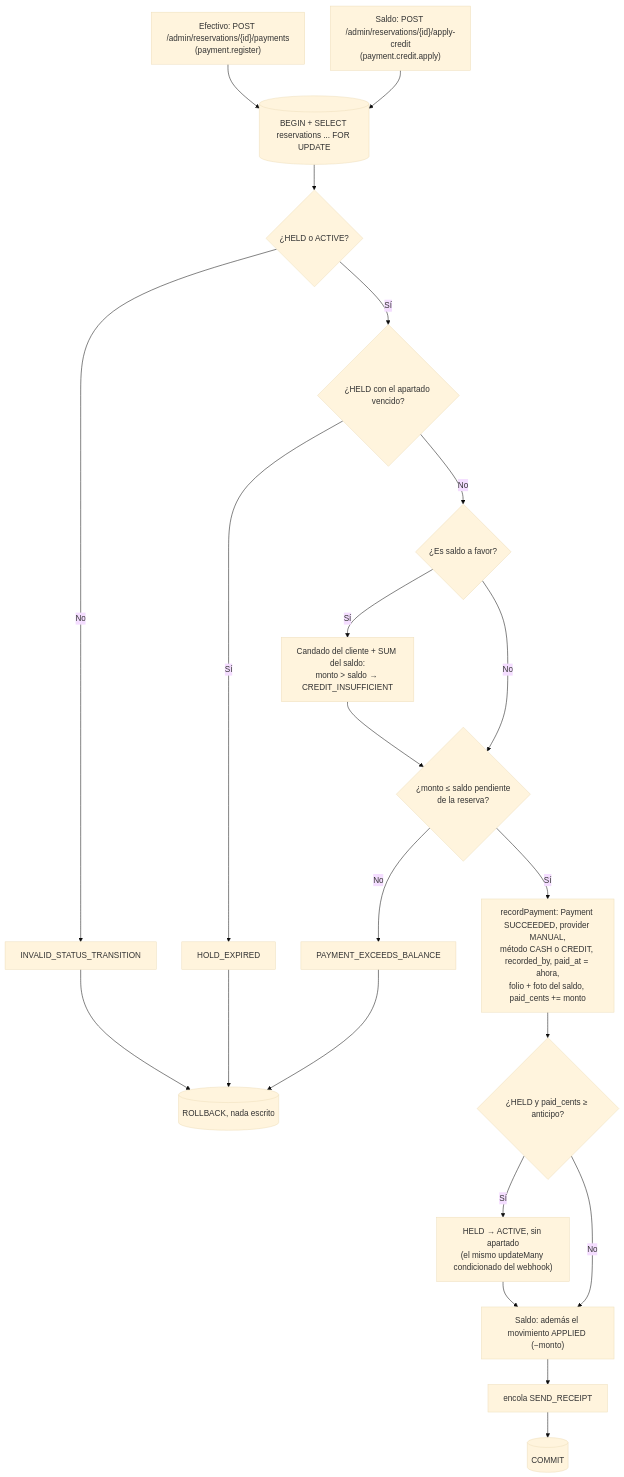
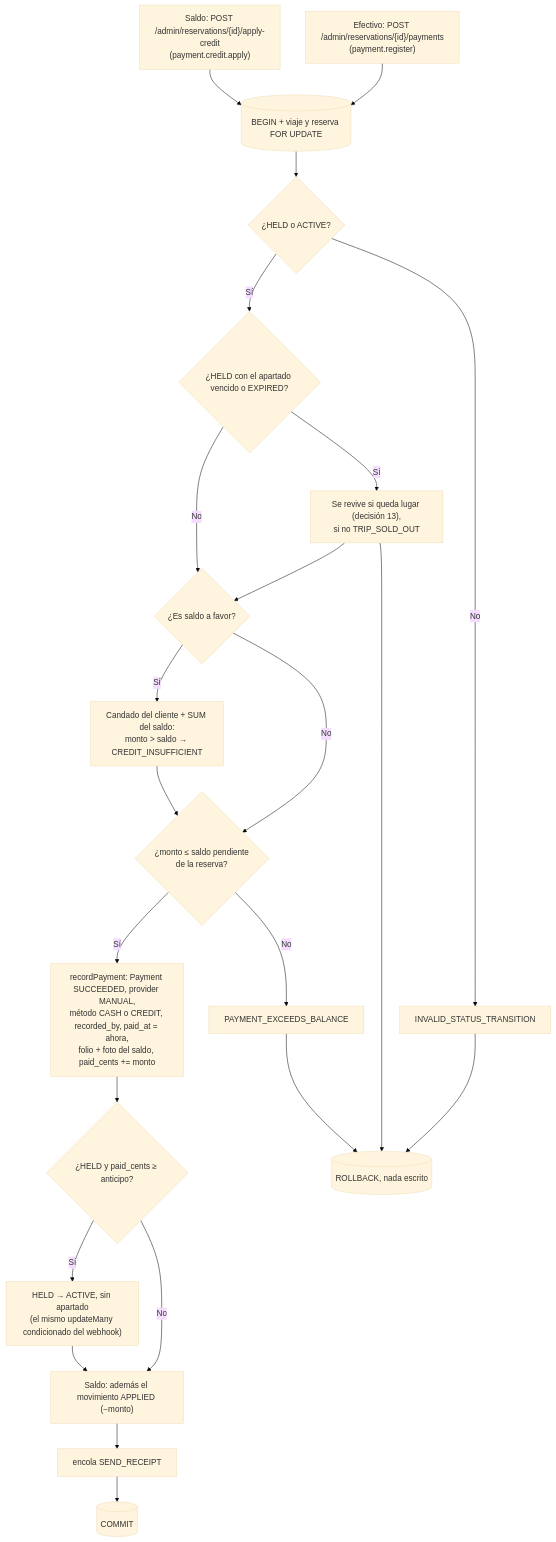
One commit to erickgs2/ruta_mochilera changed the fifth of 14 diagrams in docs/diagrams/payment-flow.md. Above: the diagram before and after it, drawn with Mermaid (base theme). The commit also changed other lines of this file and 12 other files, not shown here.

First line of the commit message:
feat(payments): revive a reservation whose hold ran out when the counter takes cash or credit

````diff
--- a/docs/diagrams/payment-flow.md
+++ b/docs/diagrams/payment-flow.md
@@ -147,24 +147,25 @@
 ```mermaid
 flowchart TD
     A["Efectivo: POST /admin/reservations/{id}/payments<br/>(payment.register)"] --> L
     A2["Saldo: POST /admin/reservations/{id}/apply-credit<br/>(payment.credit.apply)"] --> L
-    L[("BEGIN + SELECT reservations ... FOR UPDATE")] --> S{"¿HELD o ACTIVE?"}
+    L[("BEGIN + viaje y reserva FOR UPDATE")] --> S{"¿HELD o ACTIVE?"}
     S -- No --> E1["INVALID_STATUS_TRANSITION"]
-    S -- Sí --> H{"¿HELD con el apartado vencido?"}
-    H -- Sí --> E2["HOLD_EXPIRED"]
+    S -- Sí --> H{"¿HELD con el apartado vencido o EXPIRED?"}
+    H -- Sí --> E2["Se revive si queda lugar (decisión 13),<br/>si no TRIP_SOLD_OUT"]
+    E2 --> K
     H -- No --> K{"¿Es saldo a favor?"}
     K -- Sí --> K2["Candado del cliente + SUM del saldo:<br/>monto > saldo → CREDIT_INSUFFICIENT"]
     K -- No --> B
     K2 --> B{"¿monto ≤ saldo pendiente<br/>de la reserva?"}
     B -- No --> E3["PAYMENT_EXCEEDS_BALANCE"]
     B -- Sí --> P["recordPayment: Payment SUCCEEDED, provider MANUAL,<br/>método CASH o CREDIT, recorded_by, paid_at = ahora,<br/>folio + foto del saldo, paid_cents += monto"]
     P --> A3{"¿HELD y paid_cents ≥ anticipo?"}
     A3 -- Sí --> A4["HELD → ACTIVE, sin apartado<br/>(el mismo updateMany condicionado del webhook)"]
     A3 -- No --> Q
     A4 --> Q
     Q["Saldo: además el movimiento APPLIED (−monto)"] --> R["encola SEND_RECEIPT"]
     R --> C[("COMMIT")]
     E1 --> X[("ROLLBACK, nada escrito")]
     E2 --> X
     E3 --> X
 ```
````
